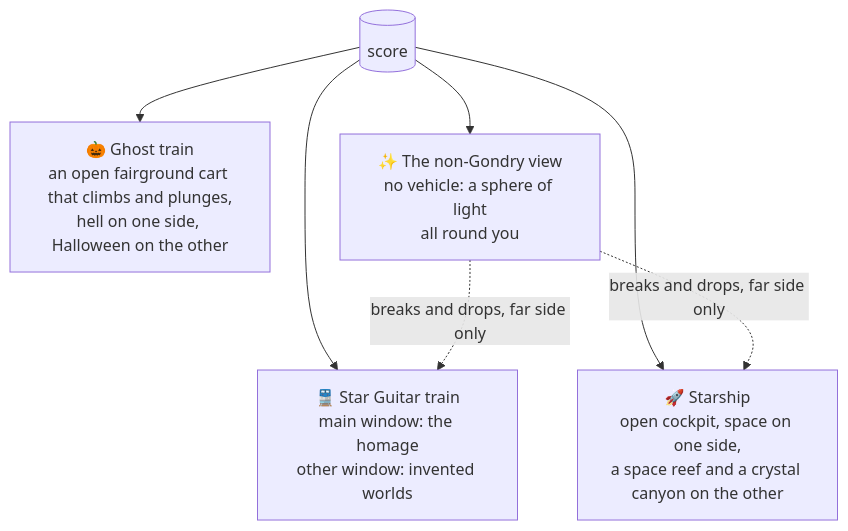
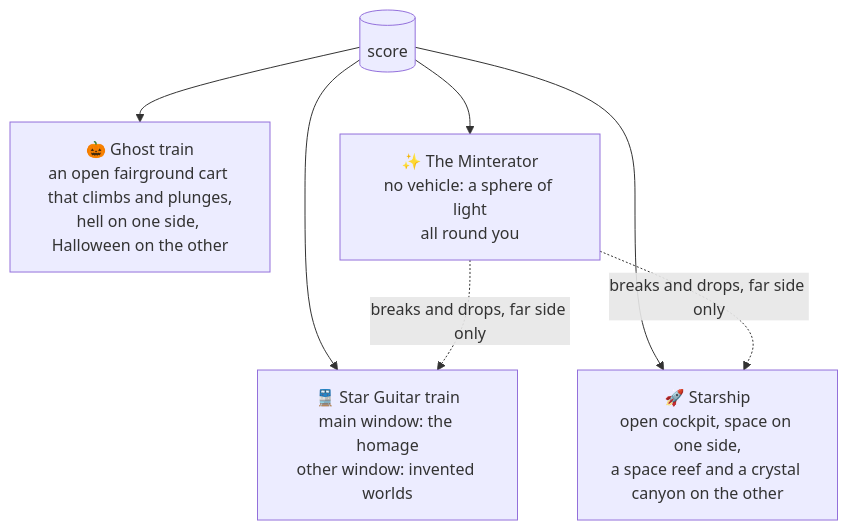
Before and after one commit to FrunkQ/gondryator: the eighth of 8 diagrams in docs/TECHNOLOGY.md, drawn with Mermaid. The commit also changed other lines of this file and 21 other files, not shown here.

First line of the commit message:
Rename the non-Gondry view the Minterator, with a short URL and a llama at the door

````diff
--- a/docs/TECHNOLOGY.md
+++ b/docs/TECHNOLOGY.md
@@ -192,9 +192,9 @@
 ```mermaid
 flowchart TB
     S[(score)] --> T[🚆 Star Guitar train<br/>main window: the homage<br/>other window: invented worlds]
     S --> SH[🚀 Starship<br/>open cockpit, space on one side,<br/>a space reef and a crystal canyon on the other]
     S --> G[🎃 Ghost train<br/>an open fairground cart that climbs and plunges,<br/>hell on one side, Halloween on the other]
-    S --> V[✨ The non-Gondry view<br/>no vehicle: a sphere of light<br/>all round you]
+    S --> V[✨ The Minterator<br/>no vehicle: a sphere of light<br/>all round you]
     V -. breaks and drops, far side only .-> T
     V -. breaks and drops, far side only .-> SH
 ```
````
